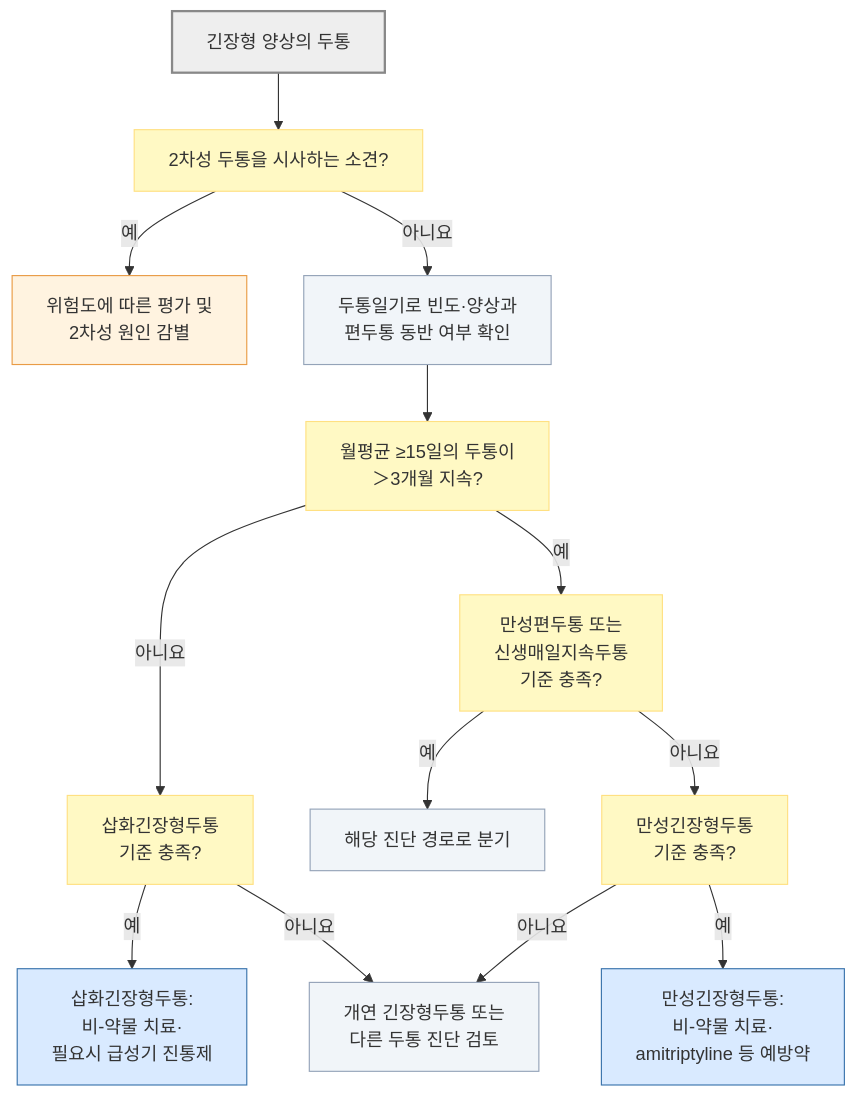
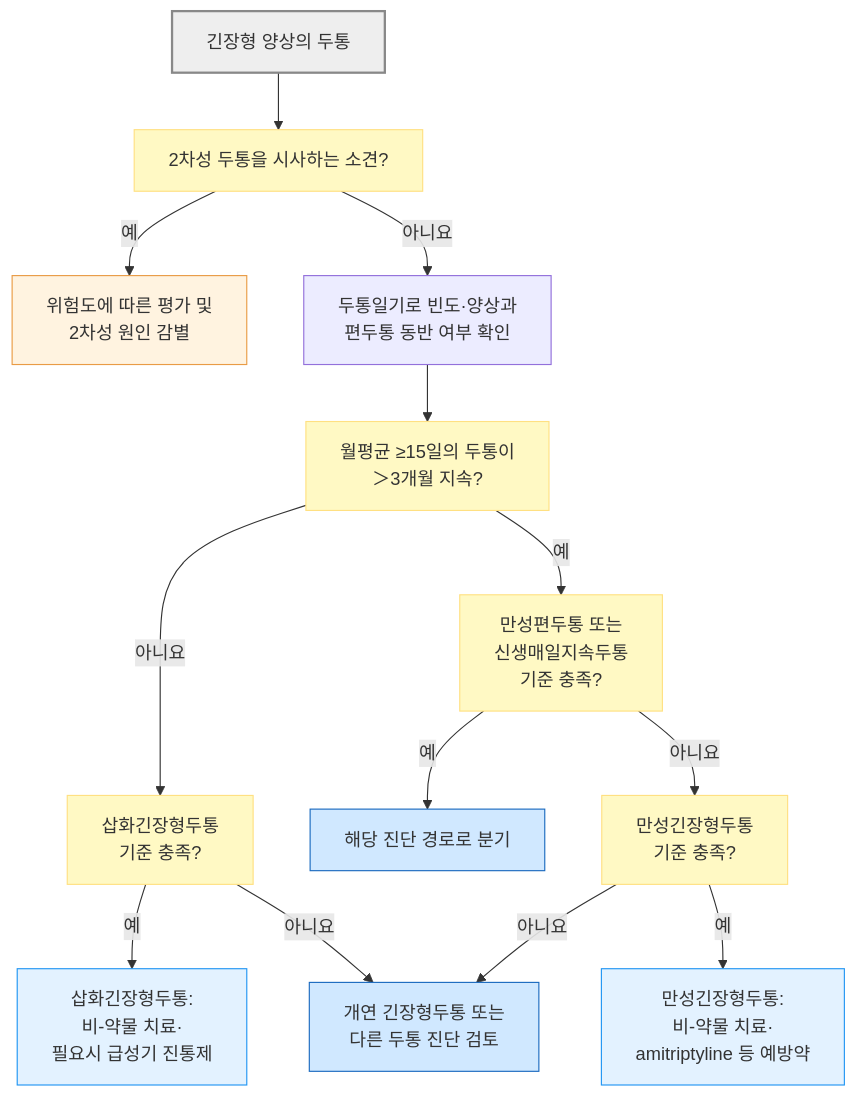
One commit to familyoh77/familyoh77 changed the diagram in 221_/017_-tension-type-headache.md. Above: the diagram before and after it, drawn with Mermaid. The commit also changed 4 other files, not shown here.

````diff
--- a/221_/017_-tension-type-headache.md
+++ b/221_/017_-tension-type-headache.md
@@ -158,26 +158,26 @@
 ```mermaid
 flowchart TD
     A["긴장형 양상의 두통"] --> B["2차성 두통을 시사하는 소견?"]
     B -- "예" --> C["위험도에 따른 평가 및 <br/>2차성 원인 감별"]
     B -- "아니요" --> D["두통일기로 빈도·양상과 <br/>편두통 동반 여부 확인"]
     D --> E["월평균 ≥15일의 두통이 <br/>＞3개월 지속?"]
     E -- "아니요" --> F["삽화긴장형두통 <br/>기준 충족?"]
     F -- "예" --> G["삽화긴장형두통: <br/>비-약물 치료·<br/>필요시 급성기 진통제"]
     F -- "아니요" --> L["개연 긴장형두통 또는 <br/>다른 두통 진단 검토"]
     E -- "예" --> H["만성편두통 또는 <br/>신생매일지속두통 <br/>기준 충족?"]
     H -- "예" --> I["해당 진단 경로로 분기"]
     H -- "아니요" --> J["만성긴장형두통 <br/>기준 충족?"]
     J -- "예" --> K["만성긴장형두통: <br/>비-약물 치료·<br/>amitriptyline 등 예방약"]
     J -- "아니요" --> L
-
 classDef start fill:#eeeeee,stroke:#888888,stroke-width:2px;
 classDef decision fill:#fff9c4,stroke:#ffe082;
 classDef priority fill:#fff3e0,stroke:#e99b45;
-classDef assessment fill:#f1f5f9,stroke:#94a3b8;
-classDef care fill:#d9eaff,stroke:#3973ac;
+classDef care fill:#e3f2ff,stroke:#2196f3;
+classDef followup fill:#d0e8ff,stroke:#1a6abf;
+
 class A start;
 class B,E,F,H,J decision;
 class C priority;
-class D,I,L assessment;
+class I,L followup;
 class G,K care;
 ```
````
